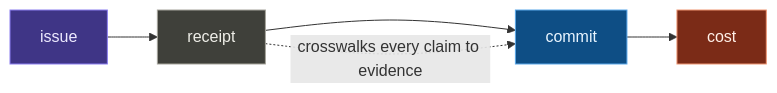
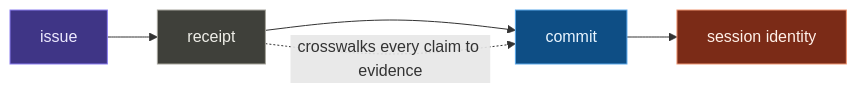
Before and after one commit to Duaility/governance-kit: the third of 3 diagrams in docs/guide/mental-models.mdx, drawn with Mermaid. The commit also changed other lines of this file and 93 other files, not shown here.

First line of the commit message:
feat(audit): replace transcript accounting with session identity (#365)

````diff
--- a/docs/guide/mental-models.mdx
+++ b/docs/guide/mental-models.mdx
@@ -92,14 +92,14 @@
 ```mermaid
 flowchart LR
-  I["issue"] --> R["receipt"] --> C["commit"] --> K["cost"]
+  I["issue"] --> R["receipt"] --> C["commit"] --> S["session identity"]
   R -.->|"crosswalks every claim to evidence"| C
 
   classDef human fill:#3f3586,stroke:#8b7ff0,color:#eeeaff
   classDef record fill:#3f403a,stroke:#a5a49b,color:#efeee8
   classDef agent fill:#0e4e85,stroke:#5aa8e9,color:#e9f5ff
   classDef gate fill:#7b2b17,stroke:#ef9673,color:#fff0e8
   class I human
   class R record
   class C agent
-  class K gate
+  class S gate
 ```
````
